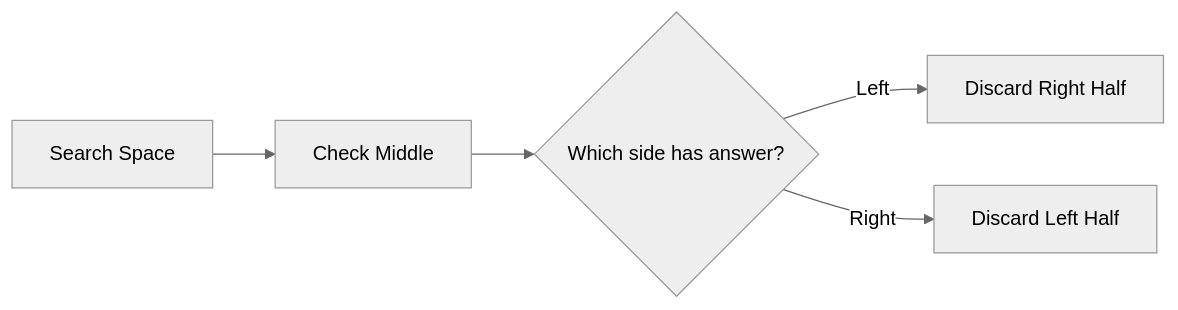
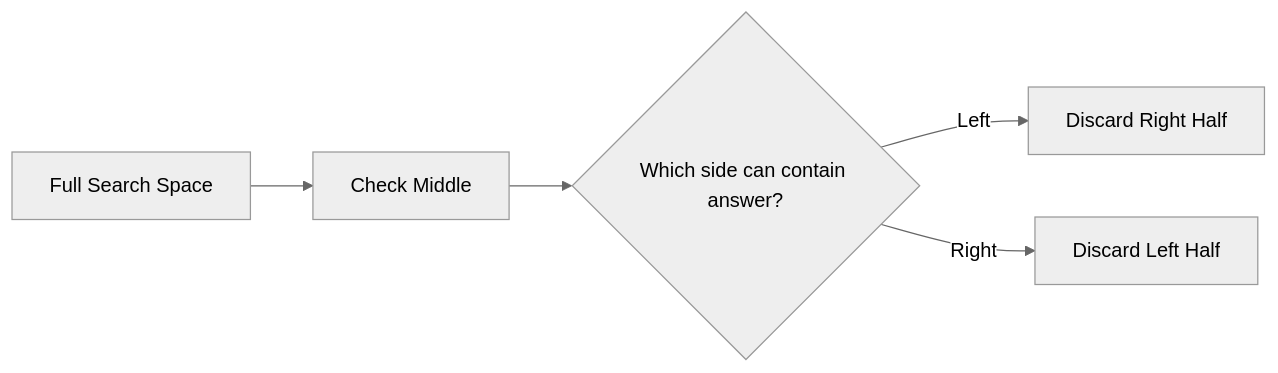
One commit to mthaiseer/springcloud-systemdesign-notes changed the second of 24 diagrams in CP_DSA_NOTES/CONCEPT_FRAMEWORK_FORMS_TATICS/binary_search_playbook.md. Above: the diagram before and after it, drawn with Mermaid (neutral theme). The commit also changed other lines of this file, not shown here.

````diff
--- a/CP_DSA_NOTES/CONCEPT_FRAMEWORK_FORMS_TATICS/binary_search_playbook.md
+++ b/CP_DSA_NOTES/CONCEPT_FRAMEWORK_FORMS_TATICS/binary_search_playbook.md
@@ -51,7 +85,7 @@
 ```mermaid
 flowchart LR
-    A["Search Space"] --> B["Check Middle"]
-    B --> C{"Which side has answer?"}
+    A["Full Search Space"] --> B["Check Middle"]
+    B --> C{"Which side can contain answer?"}
     C -->|"Left"| D["Discard Right Half"]
     C -->|"Right"| E["Discard Left Half"]
 ```
````
